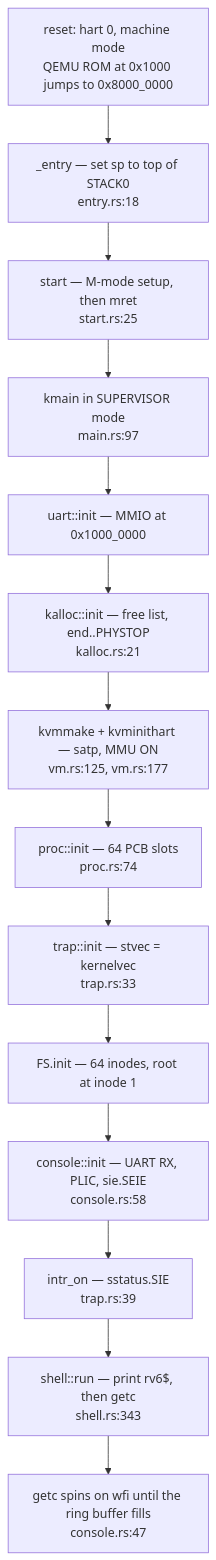
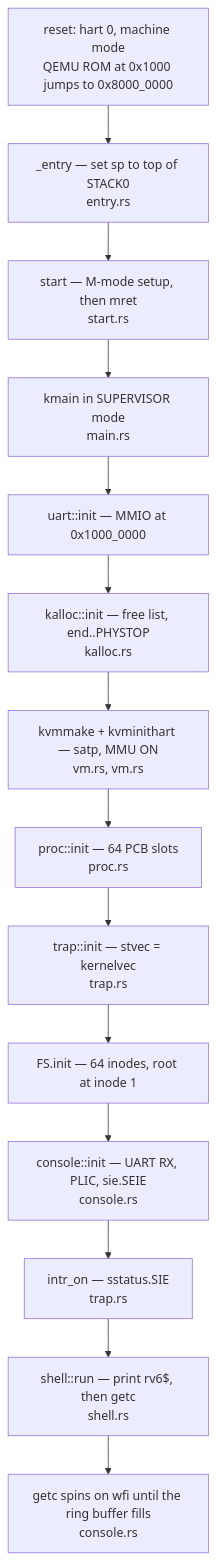
The third of 3 diagrams in docs/lectures/16-cs326-2026-12-08-pipes-the-payoff-and-final-review.md (USF-CS326-F26/USF-CS326-F26.github.io), drawn with Mermaid before and after one commit. The commit also changed other lines of this file and 66 other files, not shown here.

````diff
--- a/docs/lectures/16-cs326-2026-12-08-pipes-the-payoff-and-final-review.md
+++ b/docs/lectures/16-cs326-2026-12-08-pipes-the-payoff-and-final-review.md
@@ -442,16 +442,16 @@
 ```mermaid
 flowchart TD
-    R["reset: hart 0, machine mode\nQEMU ROM at 0x1000 jumps to 0x8000_0000"] --> E["_entry — set sp to top of STACK0\nentry.rs:18"]
-    E --> S["start — M-mode setup, then mret\nstart.rs:25"]
-    S --> K["kmain in SUPERVISOR mode\nmain.rs:97"]
+    R["reset: hart 0, machine mode\nQEMU ROM at 0x1000 jumps to 0x8000_0000"] --> E["_entry — set sp to top of STACK0\nentry.rs"]
+    E --> S["start — M-mode setup, then mret\nstart.rs"]
+    S --> K["kmain in SUPERVISOR mode\nmain.rs"]
     K --> U["uart::init — MMIO at 0x1000_0000"]
-    U --> A["kalloc::init — free list, end..PHYSTOP\nkalloc.rs:21"]
-    A --> V["kvmmake + kvminithart — satp, MMU ON\nvm.rs:125, vm.rs:177"]
-    V --> P["proc::init — 64 PCB slots\nproc.rs:74"]
-    P --> T["trap::init — stvec = kernelvec\ntrap.rs:33"]
+    U --> A["kalloc::init — free list, end..PHYSTOP\nkalloc.rs"]
+    A --> V["kvmmake + kvminithart — satp, MMU ON\nvm.rs, vm.rs"]
+    V --> P["proc::init — 64 PCB slots\nproc.rs"]
+    P --> T["trap::init — stvec = kernelvec\ntrap.rs"]
     T --> F["FS.init — 64 inodes, root at inode 1"]
-    F --> C["console::init — UART RX, PLIC, sie.SEIE\nconsole.rs:58"]
-    C --> I["intr_on — sstatus.SIE\ntrap.rs:39"]
-    I --> SH["shell::run — print rv6$, then getc\nshell.rs:343"]
-    SH --> W["getc spins on wfi until the ring buffer fills\nconsole.rs:47"]
+    F --> C["console::init — UART RX, PLIC, sie.SEIE\nconsole.rs"]
+    C --> I["intr_on — sstatus.SIE\ntrap.rs"]
+    I --> SH["shell::run — print rv6$, then getc\nshell.rs"]
+    SH --> W["getc spins on wfi until the ring buffer fills\nconsole.rs"]
 ```
````
